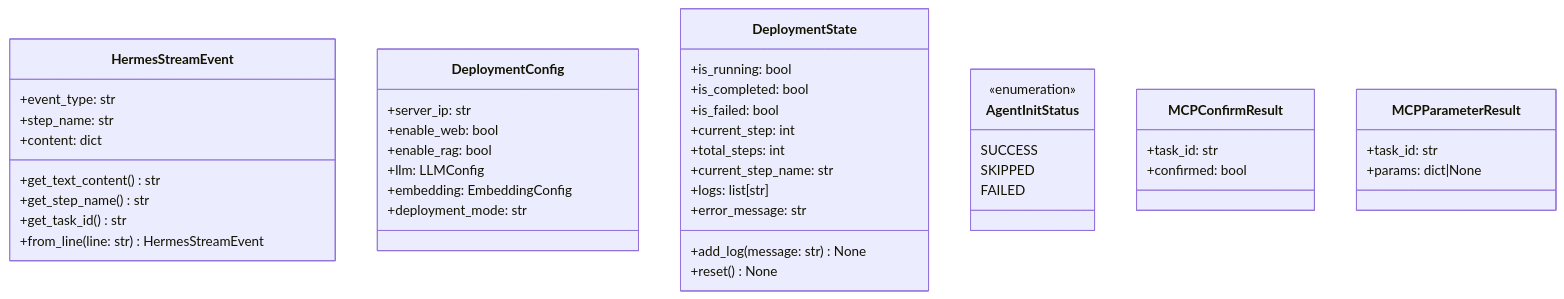
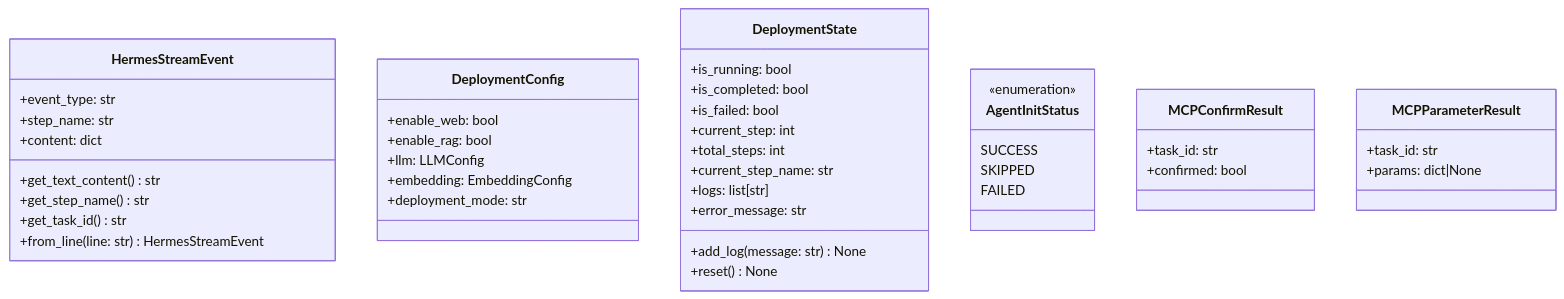
Before and after one commit to HongyuS/euler-copilot-shell: the tenth of 10 diagrams in docs/development/design/项目整体设计.md, drawn with Mermaid. The commit also changed 5 other files, not shown here.

````diff
--- a/docs/development/design/项目整体设计.md
+++ b/docs/development/design/项目整体设计.md
@@ -393,51 +393,50 @@
 ```mermaid
 classDiagram
     class HermesStreamEvent {
         +event_type: str
         +step_name: str
         +content: dict
         +get_text_content() str
         +get_step_name() str
         +get_task_id() str
         +from_line(line: str) HermesStreamEvent
     }
     
     class DeploymentConfig {
-        +server_ip: str
         +enable_web: bool
         +enable_rag: bool
         +llm: LLMConfig
         +embedding: EmbeddingConfig
         +deployment_mode: str
     }
     
     class DeploymentState {
         +is_running: bool
         +is_completed: bool
         +is_failed: bool
         +current_step: int
         +total_steps: int
         +current_step_name: str
         +logs: list[str]
         +error_message: str
         +add_log(message: str) None
         +reset() None
     }
     
     class AgentInitStatus {
         <<enumeration>>
         SUCCESS
         SKIPPED
         FAILED
     }
     
     class MCPConfirmResult {
         +task_id: str
         +confirmed: bool
     }
     
     class MCPParameterResult {
         +task_id: str
         +params: dict|None
     }
 ```
````
